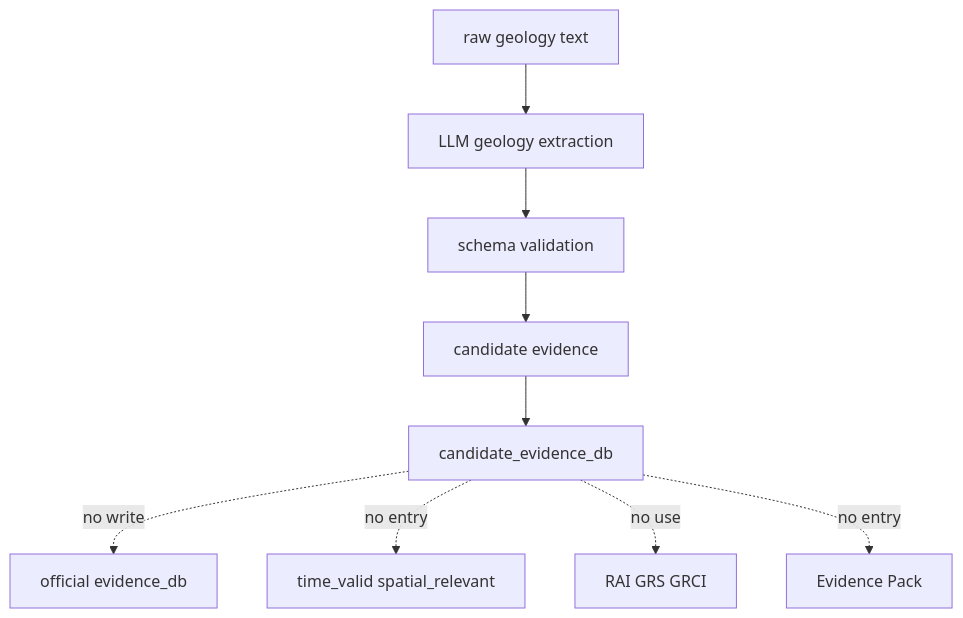
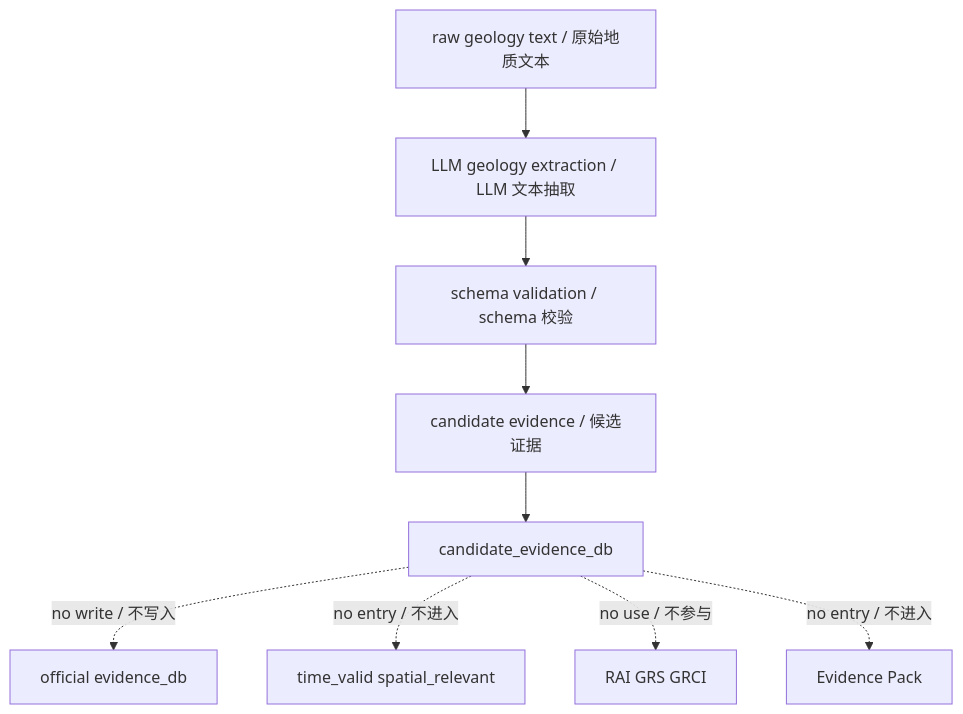
The fifth of 5 diagrams in backend/docs/system_architecture.md (xiaodazhao/tbm-report), drawn with Mermaid before and after one commit. The commit also changed other lines of this file and 1 other file, not shown here.

Commit message:
Add bilingual labels to Mermaid diagrams

````diff
--- a/backend/docs/system_architecture.md
+++ b/backend/docs/system_architecture.md
@@ -134,12 +134,12 @@
 ```mermaid
 flowchart TD
-    A[raw geology text] --> B[LLM geology extraction]
-    B --> C[schema validation]
-    C --> D[candidate evidence]
+    A[raw geology text / 原始地质文本] --> B[LLM geology extraction / LLM 文本抽取]
+    B --> C[schema validation / schema 校验]
+    C --> D[candidate evidence / 候选证据]
     D --> E[candidate_evidence_db]
 
-    E -. no write .-> F[official evidence_db]
-    E -. no entry .-> G[time_valid spatial_relevant]
-    E -. no use .-> H[RAI GRS GRCI]
-    E -. no entry .-> I[Evidence Pack]
+    E -. no write / 不写入 .-> F[official evidence_db]
+    E -. no entry / 不进入 .-> G[time_valid spatial_relevant]
+    E -. no use / 不参与 .-> H[RAI GRS GRCI]
+    E -. no entry / 不进入 .-> I[Evidence Pack]
 ```
````
